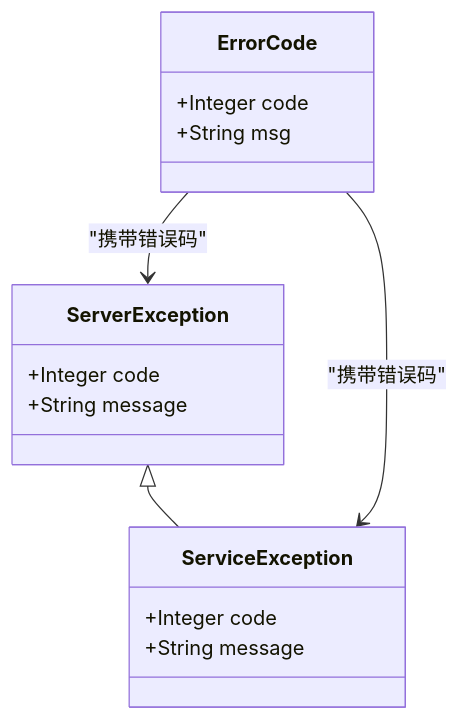
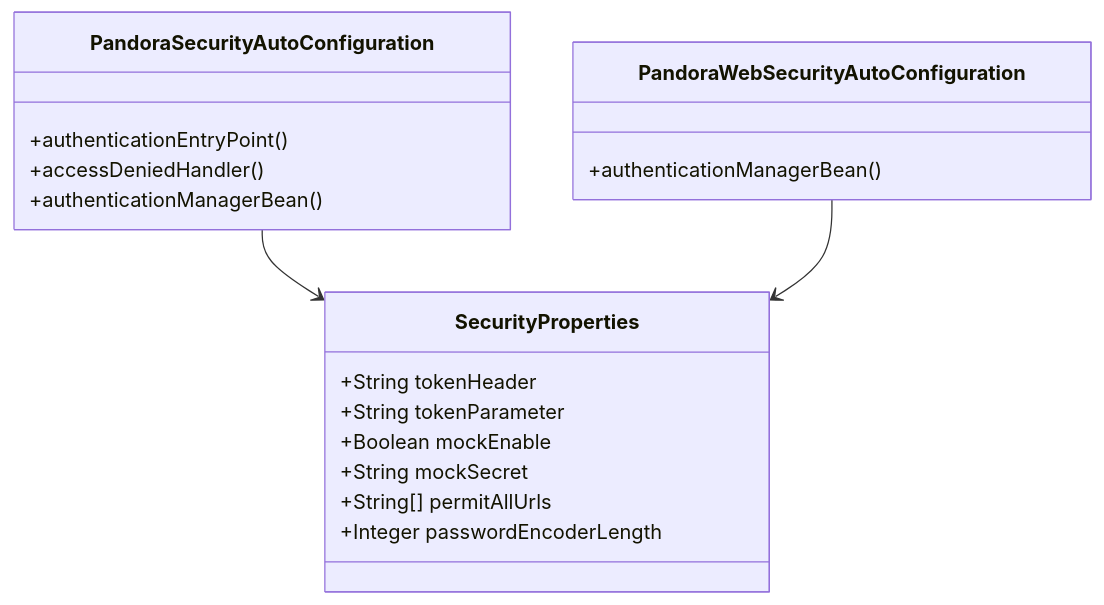
One commit to guanglei93/pandora-cloud changed the fourth of 6 diagrams in .qoder/repowiki/zh/content/快速开始.md. Above: the diagram before and after it, drawn with Mermaid. The commit also changed other lines of this file and 110 other files, not shown here.

````diff
--- a/.qoder/repowiki/zh/content/快速开始.md
+++ b/.qoder/repowiki/zh/content/快速开始.md
@@ -120,18 +180,21 @@
 ```mermaid
 classDiagram
-class ErrorCode {
-+Integer code
-+String msg
+class SecurityProperties {
++String tokenHeader
++String tokenParameter
++Boolean mockEnable
++String mockSecret
++String[] permitAllUrls
++Integer passwordEncoderLength
 }
-class ServerException {
-+Integer code
-+String message
+class PandoraSecurityAutoConfiguration {
++authenticationEntryPoint()
++accessDeniedHandler()
++authenticationManagerBean()
 }
-class ServiceException {
-+Integer code
-+String message
+class PandoraWebSecurityAutoConfiguration {
++authenticationManagerBean()
 }
-ServerException <|-- ServiceException
-ErrorCode --> ServerException : "携带错误码"
-ErrorCode --> ServiceException : "携带错误码"
+PandoraSecurityAutoConfiguration --> SecurityProperties
+PandoraWebSecurityAutoConfiguration --> SecurityProperties
 ```
````
